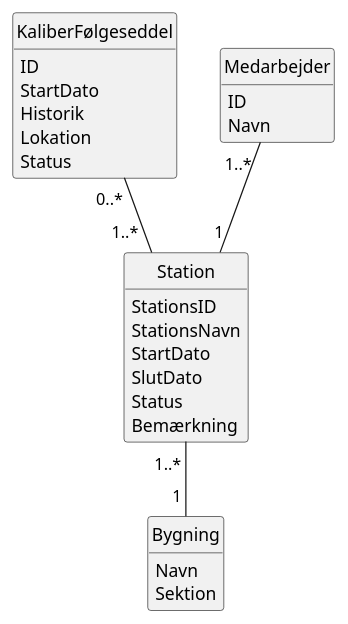
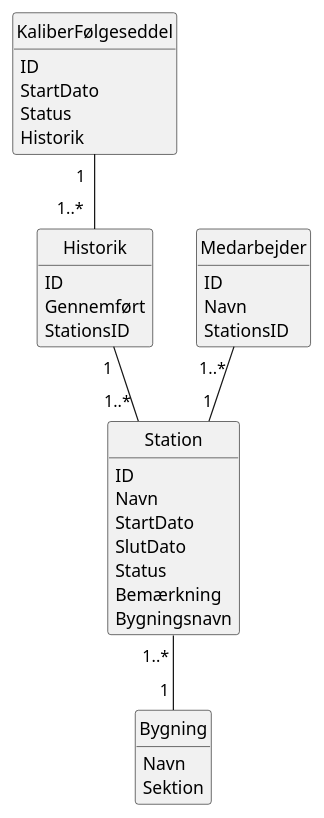
Before and after one commit to marsbo04/budweg: the diagram in uml_artifacts/domain_model.puml, drawn with PlantUML.

Commit message:
Refactor domain model with Historik class and relationships
Updated the domain model to include the Historik class and modified relationships between classes.

```diff
--- a/uml_artifacts/domain_model.puml
+++ b/uml_artifacts/domain_model.puml
@@ -1,53 +1,48 @@
 @startuml
 
 hide methods
 hide circle
 class KaliberFølgeseddel
 {
     ID
     StartDato
+    Status
     Historik
-    Lokation
-    Status /' Is it underway or is it at a location? '/
 }
 
-/' There are a lot of incoming break calibers which results in having to type
-    many "følgesedler" '/
-  
-' class Ordrenummer
-' {
-'     ID 
-'     Leverandør
-'     ModtagelsesDato
-'     Antal
-'     Status
-' }
+class Historik
+{
+    ID
+    Gennemført
+    StationsID
+}
 
 class Station
 {
-    StationsID
-    StationsNavn
+    ID
+    Navn
     StartDato
     SlutDato 
     Status
     Bemærkning
+    Bygningsnavn
 }
 
 class Medarbejder 
 {
     ID
     Navn 
+    StationsID
 }
 
 class Bygning
 {
     Navn
     Sektion
 }
 
 Medarbejder "1..* " -- "1" Station
-KaliberFølgeseddel "0..* " -- "1..*  " Station
-/' One-or-more to 1 because buildings with no stations do not make sense.
-   The presence of empty buildings would yield in useless records in the database. '/
+KaliberFølgeseddel "1  " -- "1..*  " Historik
+Historik "1 " -- "1..* " Station
 Station "1..* " -- "1 " Bygning
 @enduml
```
